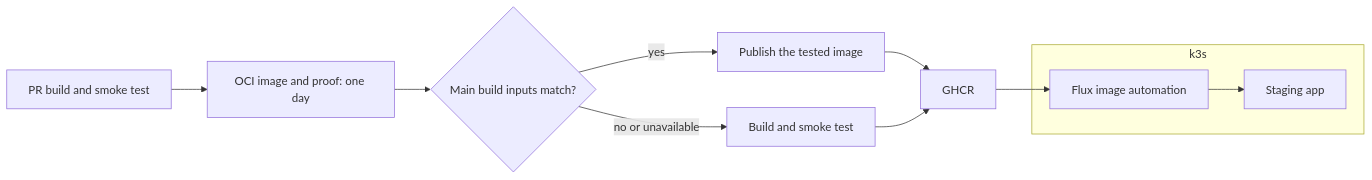
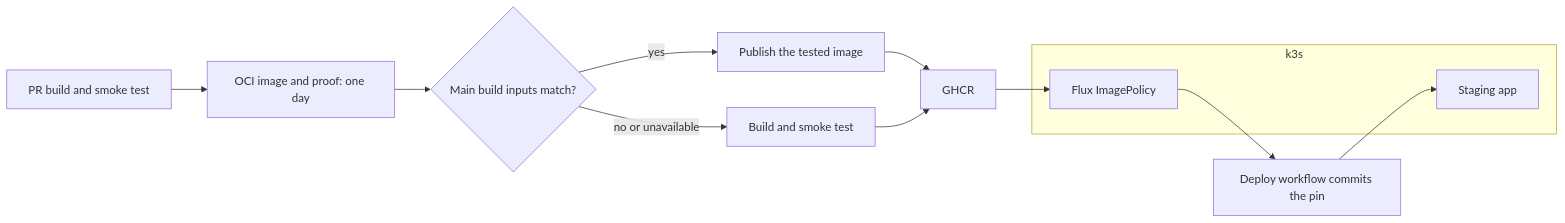
One commit to samclement/swhurl-platform changed the eighth of 10 diagrams in docs/apps.md. Above: the diagram before and after it, drawn with Mermaid. The commit also changed other lines of this file and 55 other files, not shown here.

First line of the commit message:
Staging deploys in one commit: Flux dispatches the Deploy workflow

````diff
--- a/docs/apps.md
+++ b/docs/apps.md
@@ -591,13 +591,16 @@
 ```mermaid
 flowchart LR
     PR[PR build and smoke test] --> Archive[OCI image and proof: one day]
     Archive --> Match{Main build inputs match?}
     Match -->|yes| Copy[Publish the tested image]
     Match -->|no or unavailable| Build[Build and smoke test]
     Copy --> Registry[GHCR]
     Build --> Registry
     subgraph Cluster[k3s]
-        Flux[Flux image automation] --> App[Staging app]
+        Flux[Flux ImagePolicy]
+        App[Staging app]
     end
     Registry --> Flux
+    Flux --> Deploy[Deploy workflow commits the pin]
+    Deploy --> App
 ```
````
